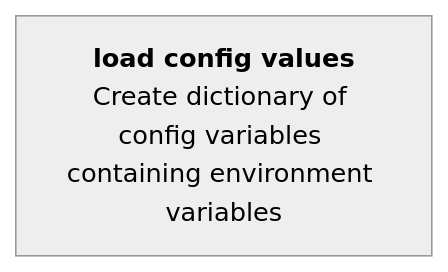
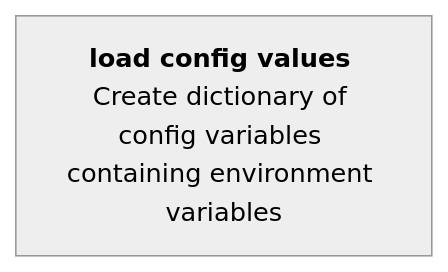
The diagram in README.md (MITLibraries/alma-patronload), drawn with Mermaid (neutral theme) before and after one commit.

Commit message:
draft diagram with mermaid.js

````diff
--- a/README.md
+++ b/README.md
@@ -71,8 +71,7 @@
 ```mermaid
 
 flowchart LR;
-    A["`**load config values**
-    Create dictionary of config variables containing environment variables`"]
-    
+    A["`**load config values** Create dictionary of config variables containing environment variables`"]
+     
 
 ```
````
